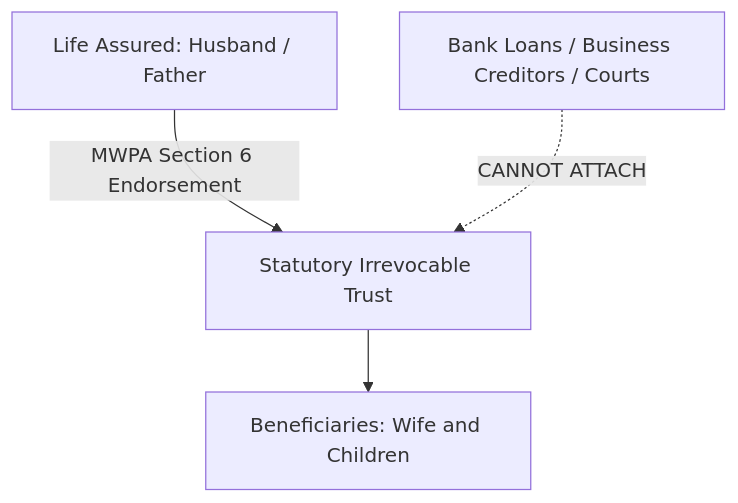
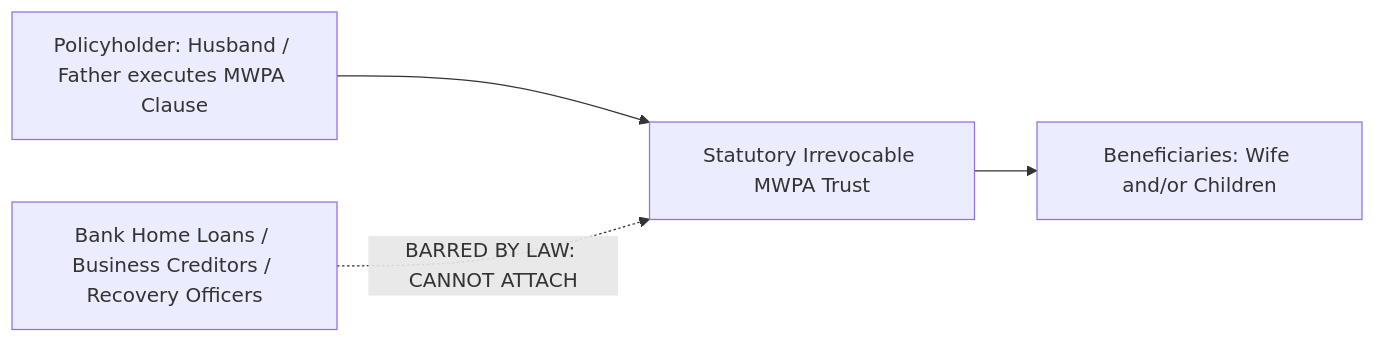
One commit to chirag127/cover-and-capital-india changed the second of 2 diagrams in src/content/articles/life-insurance-death-benefits-mechanics.mdx. Above: the diagram before and after it, drawn with Mermaid. The commit also changed other lines of this file and 19 other files, not shown here.

Commit message:
feat: expand cornerstone guides with deep problem-solving analysis, Policybazaar plan breakdowns, and Mermaid renderer

````diff
--- a/src/content/articles/life-insurance-death-benefits-mechanics.mdx
+++ b/src/content/articles/life-insurance-death-benefits-mechanics.mdx
@@ -84,6 +114,7 @@
 ```mermaid
-flowchart TD
-    Life[Life Assured: Husband / Father] -->|MWPA Section 6 Endorsement| Trust[Statutory Irrevocable Trust]
-    Trust --> Ben[Beneficiaries: Wife and Children]
-    Creditors[Bank Loans / Business Creditors / Courts] -.->|CANNOT ATTACH| Trust
+flowchart LR
+    Husband["Policyholder: Husband / Father executes MWPA Clause"] --> Trust["Statutory Irrevocable MWPA Trust"]
+    Trust --> Nominees["Beneficiaries: Wife and/or Children"]
+    
+    Debts["Bank Home Loans / Business Creditors / Recovery Officers"] -.->|BARRED BY LAW: CANNOT ATTACH| Trust
 ```
````
